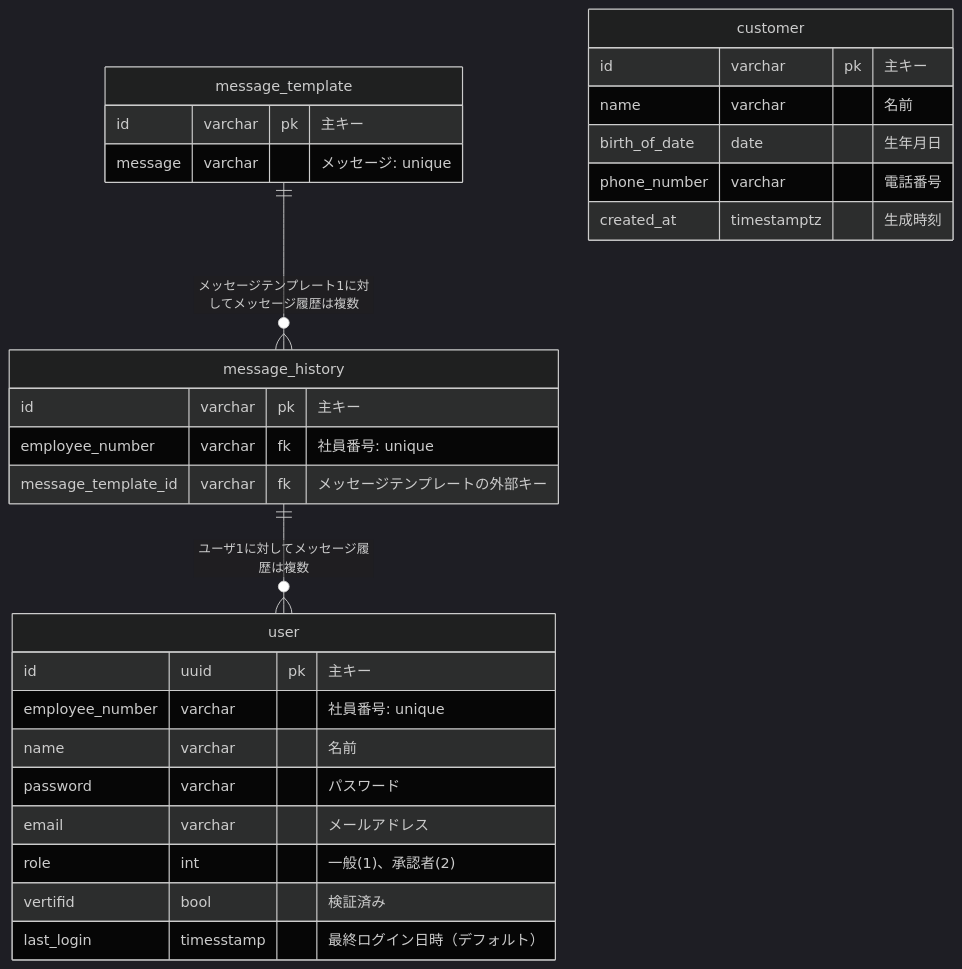
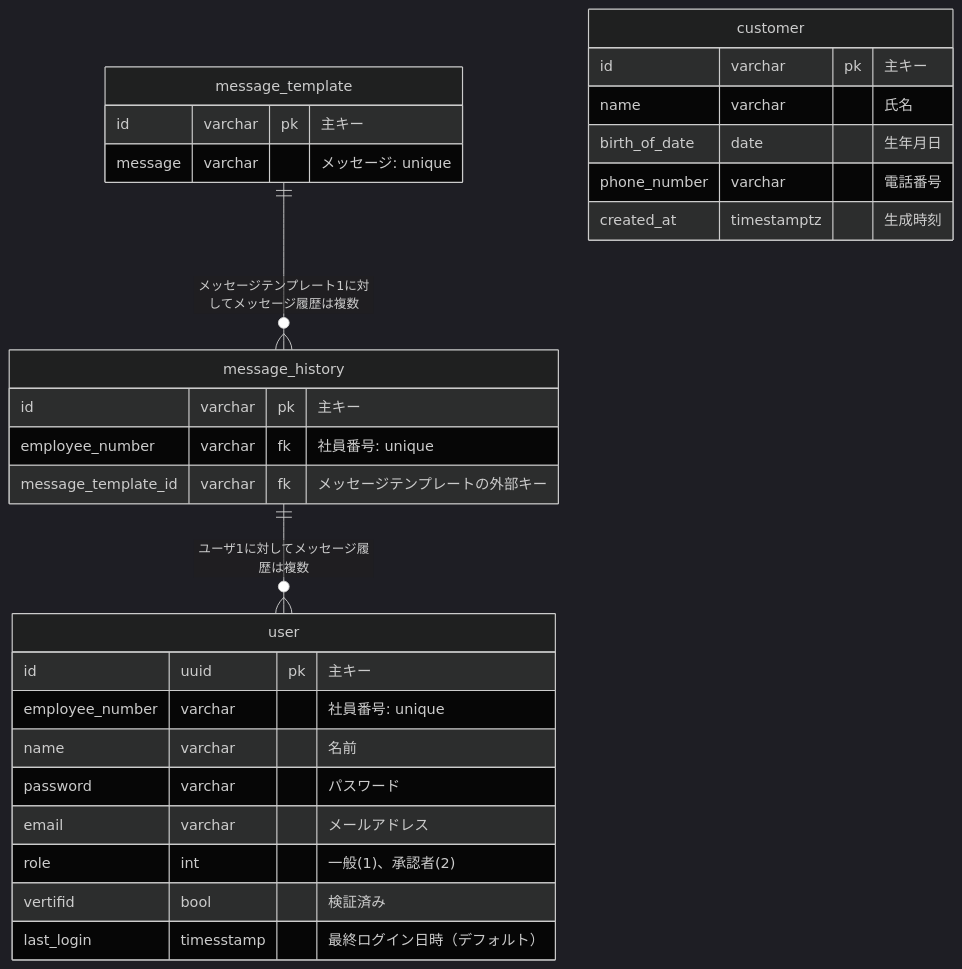
One commit to takuron1996/practice_appform changed the diagram in docs/ER図.md. Above: the diagram before and after it, drawn with Mermaid (dark theme).

Commit message:
ER図に顧客情報を追加

````diff
--- a/docs/ER図.md
+++ b/docs/ER図.md
@@ -7,40 +7,40 @@
 ```mermaid
 erDiagram
     %% システムユーザ
     user{
         id uuid pk "主キー"
         employee_number varchar "社員番号: unique"
         name varchar "名前"
         password varchar "パスワード"
         email varchar "メールアドレス"
         role int "一般(1)、承認者(2)"
         vertifid bool "検証済み"
         last_login timesstamp "最終ログイン日時（デフォルト）"
     }
 
     %%メッセージ履歴
     message_history {
         id varchar pk "主キー"
         employee_number varchar fk "社員番号: unique"
         message_template_id varchar fk "メッセージテンプレートの外部キー"
     }
 
     %%メッセージテンプレート
     message_template {
         id varchar pk "主キー"
         message varchar "メッセージ: unique"
     }
 
     message_template ||--o{ message_history : "メッセージテンプレート1に対してメッセージ履歴は複数"
     message_history ||--o{ user : "ユーザ1に対してメッセージ履歴は複数"
 
     %%顧客情報
     customer {
         id varchar pk "主キー"
-        name varchar "名前"
+        name varchar "氏名"
         birth_of_date date "生年月日"
         phone_number varchar "電話番号"
         created_at timestamptz "生成時刻"
     }
 
 ```
````
